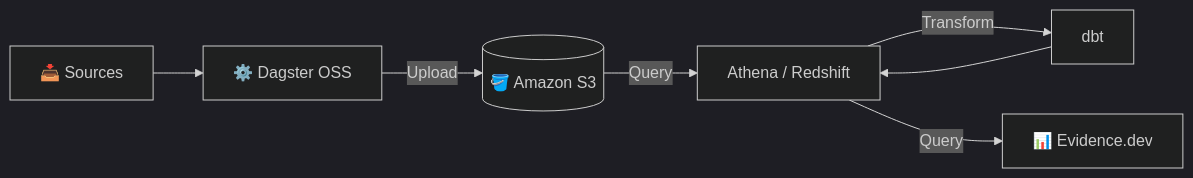
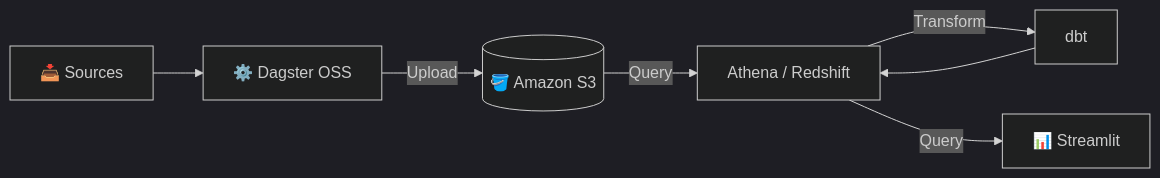
Before and after one commit to qwermk/National_Tourism_Project: the fourth of 4 diagrams in README.md, drawn with Mermaid (dark theme). The commit also changed other lines of this file and 53 other files, not shown here.

````diff
--- a/README.md
+++ b/README.md
@@ -140,9 +148,9 @@
 ```mermaid
 flowchart LR
     Sources["📥 Sources"] --> Dagster["⚙️ Dagster OSS"]
     Dagster -->|Upload| S3[("🪣 Amazon S3")]
     S3 -->|Query| Athena["Athena / Redshift"]
     Athena -->|Transform| DBT["dbt"]
     DBT --> Athena
-    Athena -->|Query| Evidence["📊 Evidence.dev"]
+    Athena -->|Query| Streamlit["📊 Streamlit"]
 ```
````
